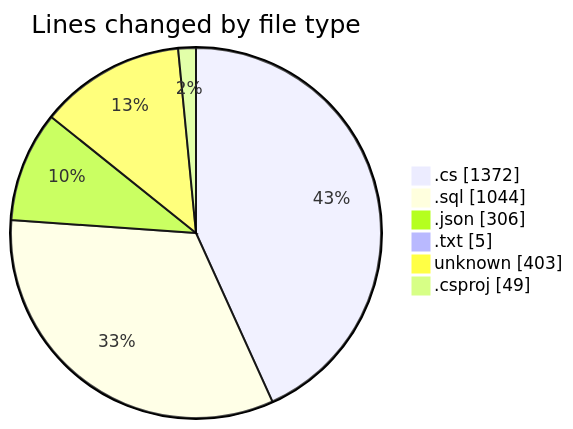
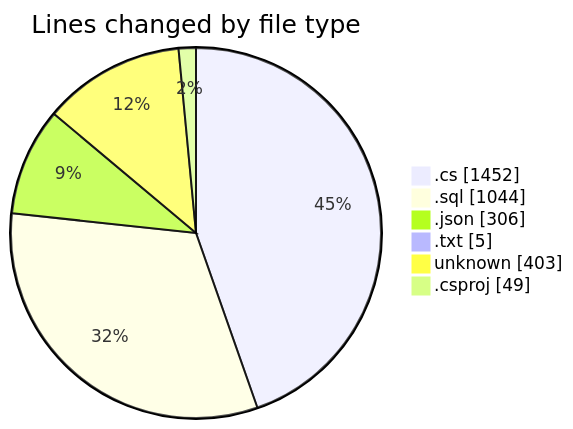
The first of 2 diagrams in 2025-04-04/back-end/README.md (Netris89/code-tracking), drawn with Mermaid before and after one commit. The commit also changed other lines of this file and 1 other file, not shown here.

````diff
--- a/2025-04-04/back-end/README.md
+++ b/2025-04-04/back-end/README.md
@@ -33,10 +34,10 @@
 ```mermaid
 pie showData
 title Lines changed by file type
-".cs" : 1372
+".cs" : 1452
 ".sql" : 1044
 ".json" : 306
 ".txt" : 5
 "unknown" : 403
 ".csproj" : 49
 ```
````
